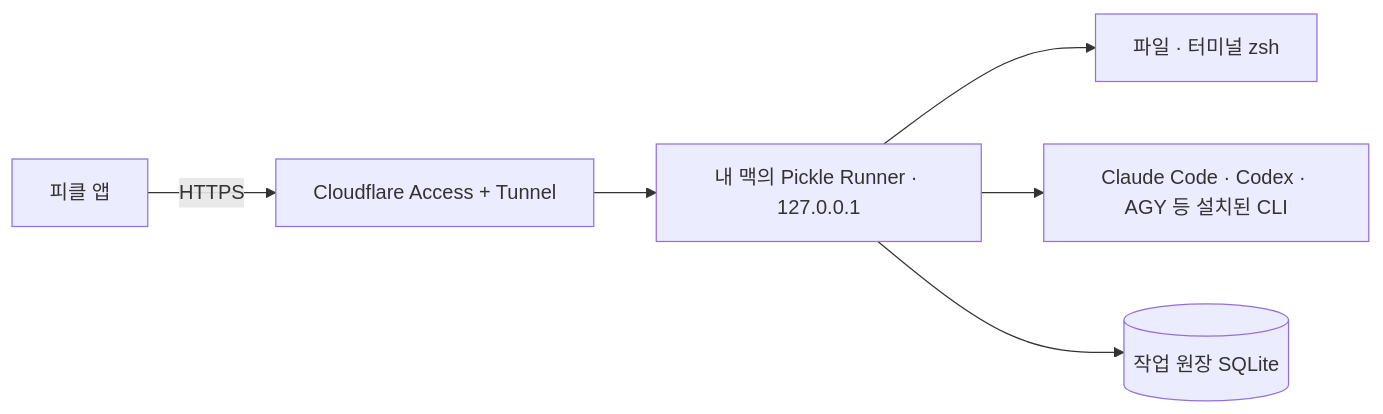
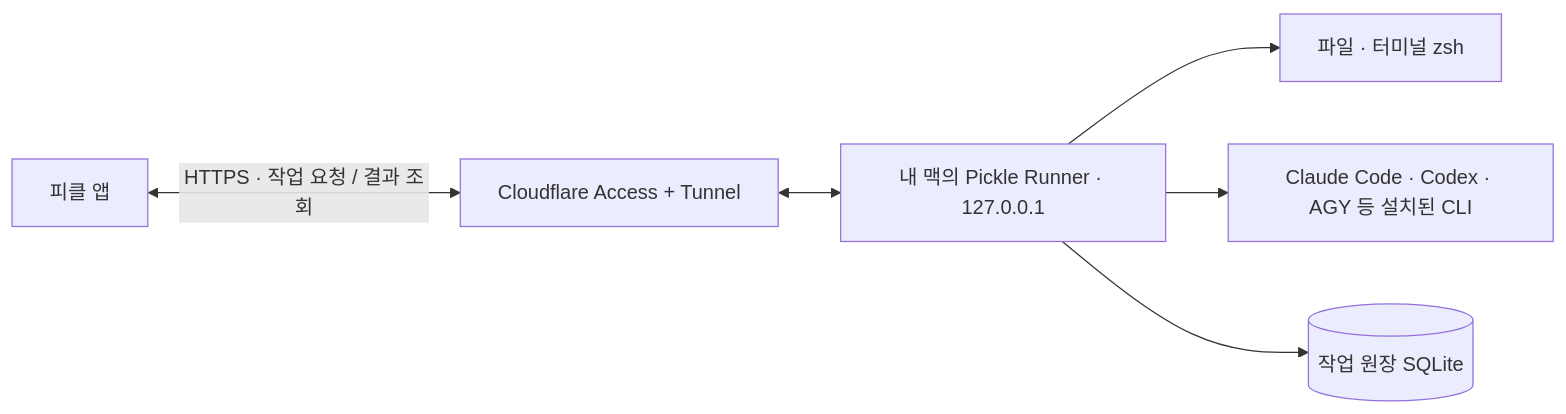
One commit to Seungyub-Jeon/pickle-runner changed the diagram in README.md. Above: the diagram before and after it, drawn with Mermaid. The commit also changed other lines of this file and 4 other files, not shown here.

````diff
--- a/README.md
+++ b/README.md
@@ -40,8 +48,8 @@
 ```mermaid
 flowchart LR
-    P["피클 앱"] -->|HTTPS| C["Cloudflare Access + Tunnel"]
-    C --> R["내 맥의 Pickle Runner · 127.0.0.1"]
+    P["피클 앱"] <-->|"HTTPS · 작업 요청 / 결과 조회"| C["Cloudflare Access + Tunnel"]
+    C <--> R["내 맥의 Pickle Runner · 127.0.0.1"]
     R --> T["파일 · 터미널 zsh"]
     R --> A["Claude Code · Codex · AGY 등 설치된 CLI"]
     R --> L[("작업 원장 SQLite")]
 ```
````
